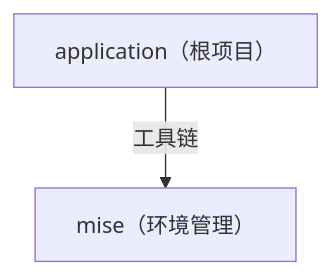
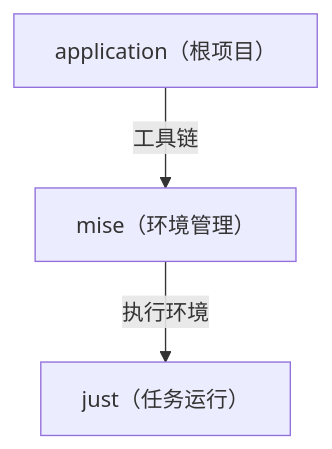
Before and after one commit to sweets-wtt/application: the diagram in README.md, drawn with Mermaid. The commit also changed other lines of this file and 3 other files, not shown here.

````diff
--- a/README.md
+++ b/README.md
@@ -10,5 +10,6 @@
 ```mermaid
 flowchart TD
     application["application（根项目）"]
     application -->|工具链| mise["mise（环境管理）"]
+    mise -->|执行环境| just["just（任务运行）"]
 ```
````
